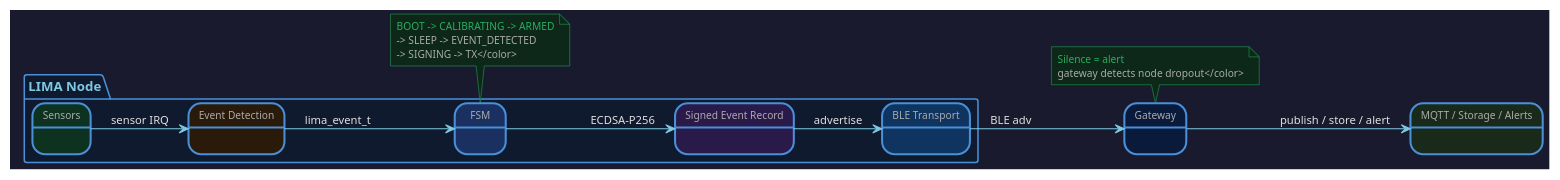
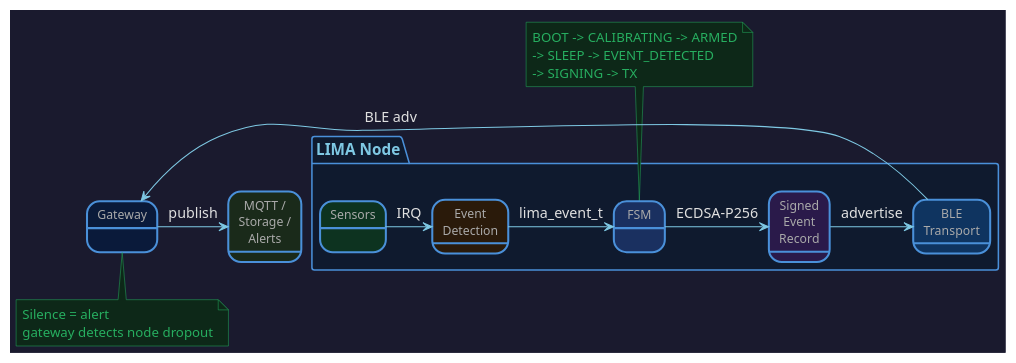
The diagram in docs/architecture/overview-h.puml (jknoxdev/lima-node), drawn with PlantUML before and after one commit.

Commit message:
docs(overview): - fix creole color issue - add section for ble transport

```diff
--- a/docs/architecture/overview-h.puml
+++ b/docs/architecture/overview-h.puml
@@ -1,62 +1,61 @@
 @startuml overview
 !pragma layout smetana
 allowmixing
-left to right direction
 
 skinparam {
     BackgroundColor #1a1a2e
     ArrowColor #7EC8E3
     ArrowFontColor #CCCCCC
-    ArrowFontSize 10
+    ArrowFontSize 13
     DefaultFontName Arial
     DefaultFontColor #E0E0E0
-    DefaultFontSize 11
+    DefaultFontSize 14
     StateBorderColor #4A90D9
     StateBorderThickness 2
     StateBackgroundColor #0f3460
     StateFontColor #FFFFFF
-    StateFontSize 12
+    StateFontSize 16
     StateAttributeFontColor #AAAAAA
-    StateAttributeFontSize 10
+    StateAttributeFontSize 12
     NoteBackgroundColor #0D2818
     NoteBorderColor #27AE60
-    NoteFontColor #AAAAAA
-    NoteFontSize 10
+    NoteFontColor #27AE60
+    NoteFontSize 13
     PackageBorderColor #4A90D9
     PackageBackgroundColor #0f1a2e
     PackageFontColor #7EC8E3
-    PackageFontSize 13
-    nodesep 18
-    ranksep 34
+    PackageFontSize 15
+    nodesep 20
+    ranksep 40
 }
 
 package "LIMA Node" {
     state "Sensors" as sensors #0D3320
-    state "Event Detection" as detect #2a1a0a
+    state "Event\nDetection" as detect #2a1a0a
     state "FSM" as fsm #1a3060
-    state "Signed Event Record" as packet #2a1a4a
-    state "BLE Transport" as ble #0f3460
+    state "Signed\nEvent\nRecord" as packet #2a1a4a
+    state "BLE\nTransport" as ble #0f3460
 }
 
 state "Gateway" as gw #0a1a3a
-state "MQTT / Storage / Alerts" as backend #1a2a1a
+state "MQTT /\nStorage /\nAlerts" as backend #1a2a1a
 
-sensors --> detect : sensor IRQ
-detect --> fsm : lima_event_t
-fsm --> packet : ECDSA-P256
-packet --> ble : advertise
-ble --> gw : BLE adv
-gw --> backend : publish / store / alert
+sensors -right-> detect : IRQ
+detect -right-> fsm : lima_event_t
+fsm -right-> packet : ECDSA-P256
+packet -right-> ble : advertise
+ble -right-> gw : BLE adv
+gw -right-> backend : publish
 
-note bottom of fsm
-  <color:#27AE60>BOOT -> CALIBRATING -> ARMED
+note top of fsm
+  BOOT -> CALIBRATING -> ARMED
   -> SLEEP -> EVENT_DETECTED
-  -> SIGNING -> TX</color>
+  -> SIGNING -> TX
 end note
 
-note top of gw
-  <color:#27AE60>Silence = alert
-  gateway detects node dropout</color>
+note bottom of gw
+  Silence = alert
+  gateway detects node dropout
 end note
 
 @enduml
```
